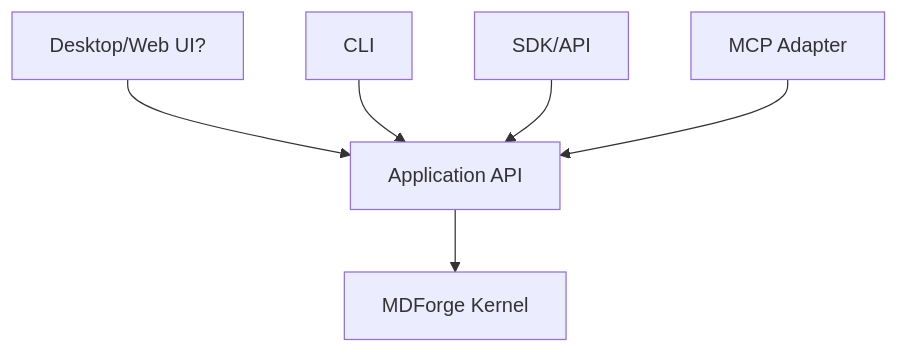
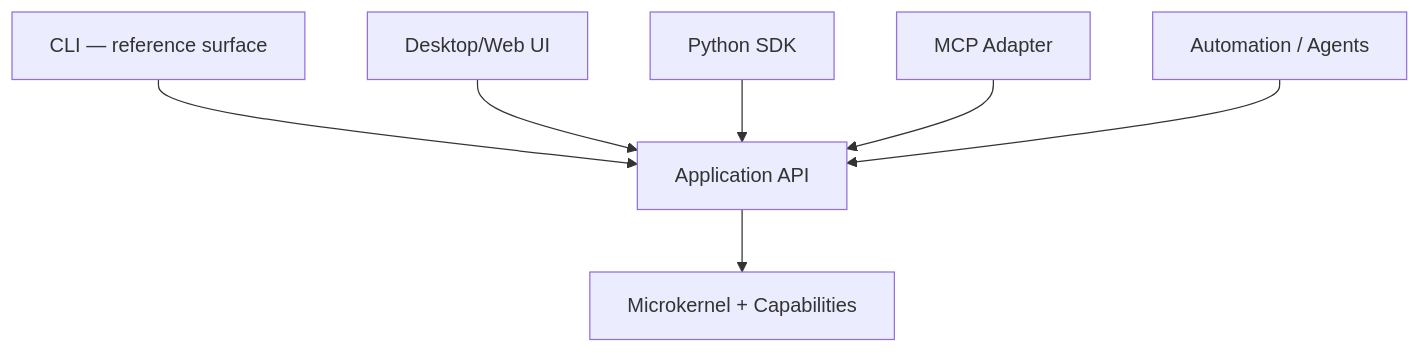
The ninth of 12 diagrams in _/agents/roaming/memory-diagrams/01-product-architecture/memory-diagram-mdforge-modular-agent-native-document-forge.md (Crackovis/Mdforge), drawn with Mermaid before and after one commit. The commit also changed other lines of this file, not shown here.

Commit message:
Enrichir le théorème technologique de MDForge

````diff
--- a/_/agents/roaming/memory-diagrams/01-product-architecture/memory-diagram-mdforge-modular-agent-native-document-forge.md
+++ b/_/agents/roaming/memory-diagrams/01-product-architecture/memory-diagram-mdforge-modular-agent-native-document-forge.md
@@ -247,8 +638,10 @@
 ```mermaid
 flowchart TD
-    UI[Desktop/Web UI?] --> APP[Application API]
-    CLI[CLI] --> APP
-    SDK[SDK/API] --> APP
-    MCP[MCP Adapter] --> APP
-    APP --> K[MDForge Kernel]
+    CLI["CLI — reference surface"] --> APP["Application API"]
+    UI["Desktop/Web UI"] --> APP
+    SDK["Python SDK"] --> APP
+    MCP["MCP Adapter"] --> APP
+    AUTO["Automation / Agents"] --> APP
+
+    APP --> K["Microkernel + Capabilities"]
 ```
````
